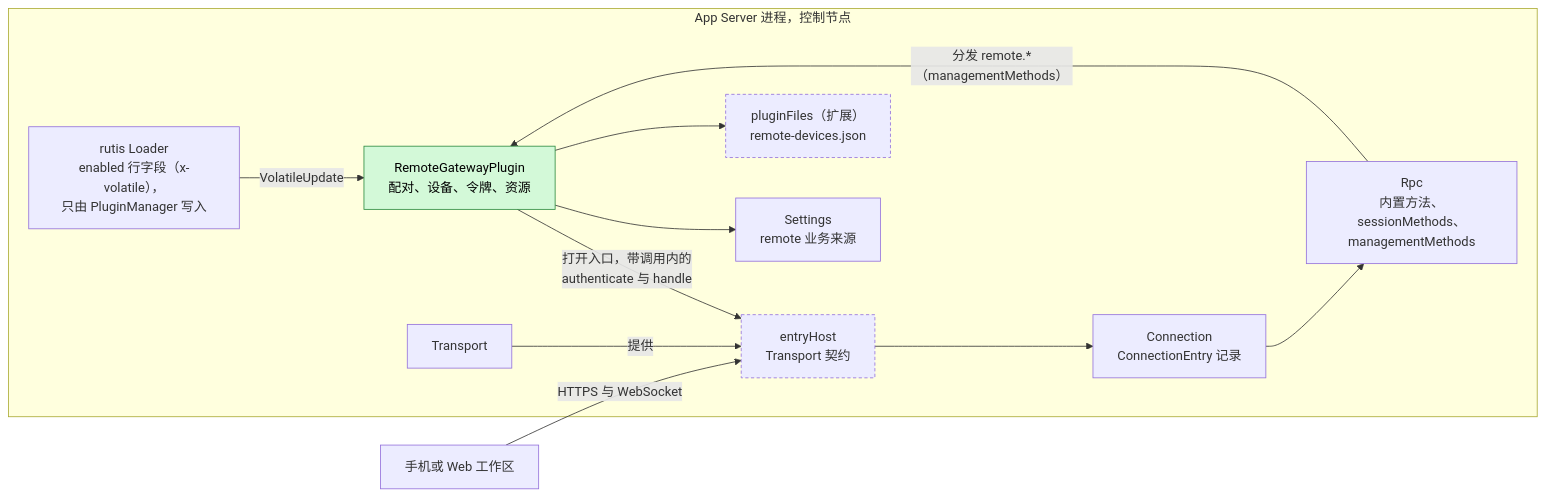
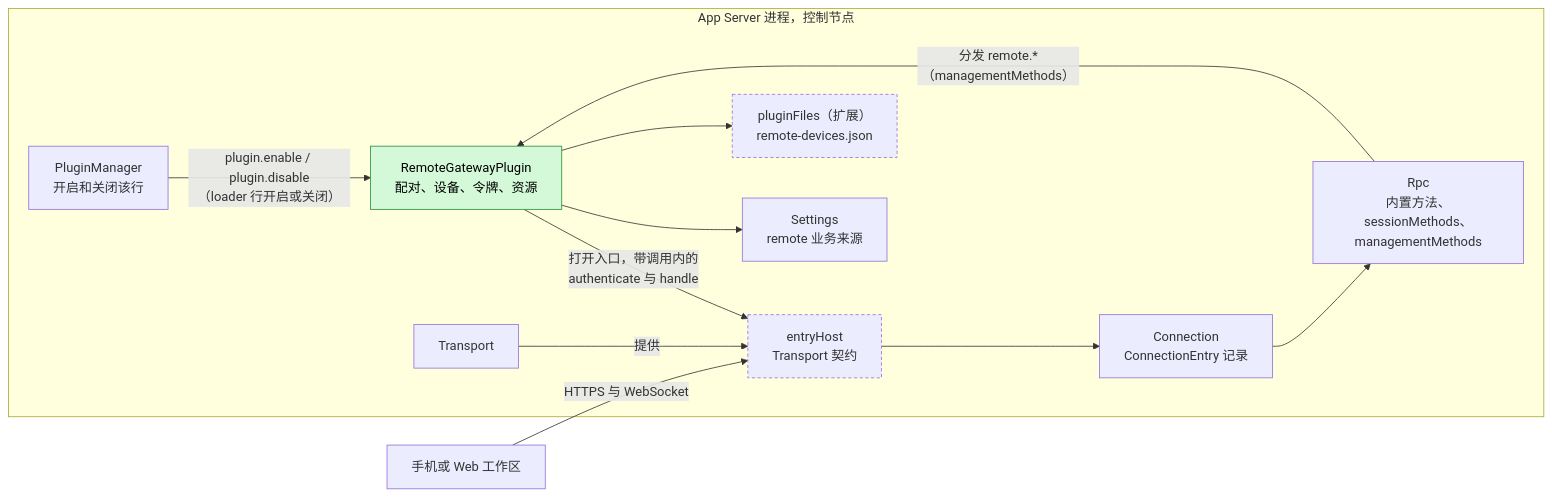
One commit to CoutinhoTTS/dim-agent changed the first of 6 diagrams in docs/zh/design/plugins/RemoteGateway.md. Above: the diagram before and after it, drawn with Mermaid. The commit also changed other lines of this file and 8 other files, not shown here.

````diff
--- a/docs/zh/design/plugins/RemoteGateway.md
+++ b/docs/zh/design/plugins/RemoteGateway.md
@@ -11,25 +11,25 @@
 ```mermaid
 flowchart LR
   subgraph P["App Server 进程，控制节点"]
     RG["RemoteGatewayPlugin<br/>配对、设备、令牌、资源"]:::new
     EH["entryHost<br/>Transport 契约"]:::contract
     TR["Transport"]
     CONN["Connection<br/>ConnectionEntry 记录"]
     RPC["Rpc<br/>内置方法、sessionMethods、<br/>managementMethods"]
     SET["Settings<br/>remote 业务来源"]
-    LDR["rutis Loader<br/>enabled 行字段（x-volatile），<br/>只由 PluginManager 写入"]
+    PM["PluginManager<br/>开启和关闭该行"]
     PST["pluginFiles（扩展）<br/>remote-devices.json"]:::contract
   end
   DEV["手机或 Web 工作区"]
   DEV -->|"HTTPS 与 WebSocket"| EH
   RG -->|"打开入口，带调用内的<br/>authenticate 与 handle"| EH
   TR -->|"提供"| EH
   EH --> CONN
   CONN --> RPC
   RPC -->|"分发 remote.*（managementMethods）"| RG
   RG --> SET
-  LDR -->|"VolatileUpdate"| RG
+  PM -->|"plugin.enable / plugin.disable<br/>（loader 行开启或关闭）"| RG
   RG --> PST
   classDef new fill:#d3f9d8,stroke:#2b8a3e,color:#000
   classDef contract stroke-dasharray:4 3
 ```
````
